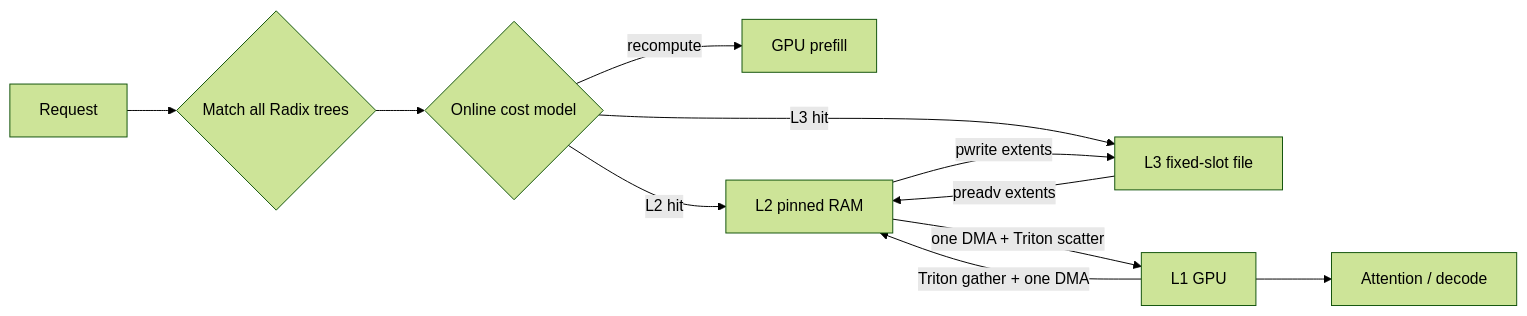
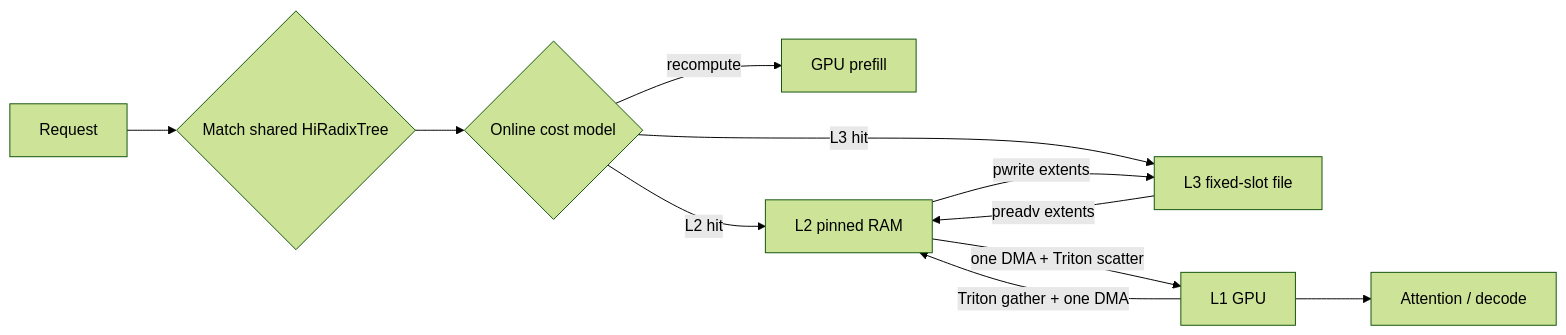
One commit to nothiny/mini-sglang changed the first of 2 diagrams in docs/hicache_design.md. Above: the diagram before and after it, drawn with Mermaid (forest theme). The commit also changed other lines of this file and 7 other files, not shown here.

````diff
--- a/docs/hicache_design.md
+++ b/docs/hicache_design.md
@@ -18,13 +18,13 @@
 ```mermaid
 flowchart LR
-    R[Request] --> M{Match all Radix trees}
+    R[Request] --> M{Match shared HiRadixTree}
     M --> C{Online cost model}
     C -->|recompute| P[GPU prefill]
     C -->|L2 hit| H[L2 pinned RAM]
     C -->|L3 hit| S[L3 fixed-slot file]
     S -->|preadv extents| H
     H -->|one DMA + Triton scatter| G[L1 GPU]
     G --> A[Attention / decode]
     G -->|Triton gather + one DMA| H
     H -->|pwrite extents| S
 ```
````
